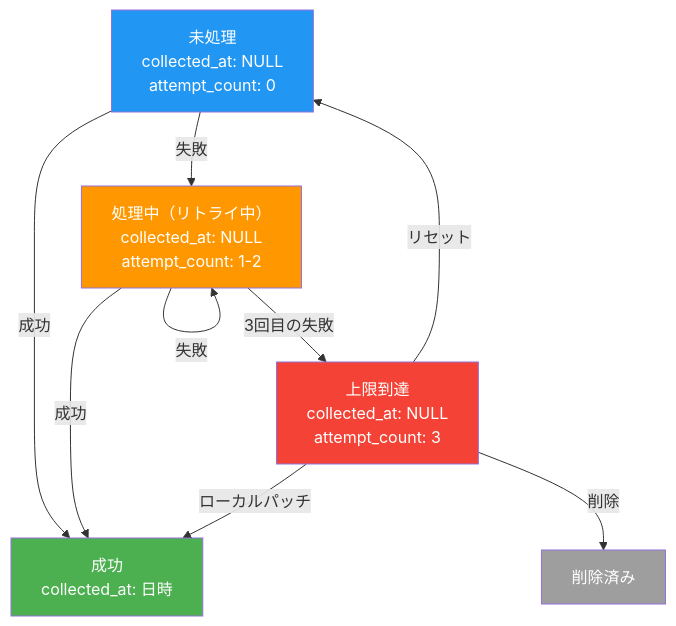
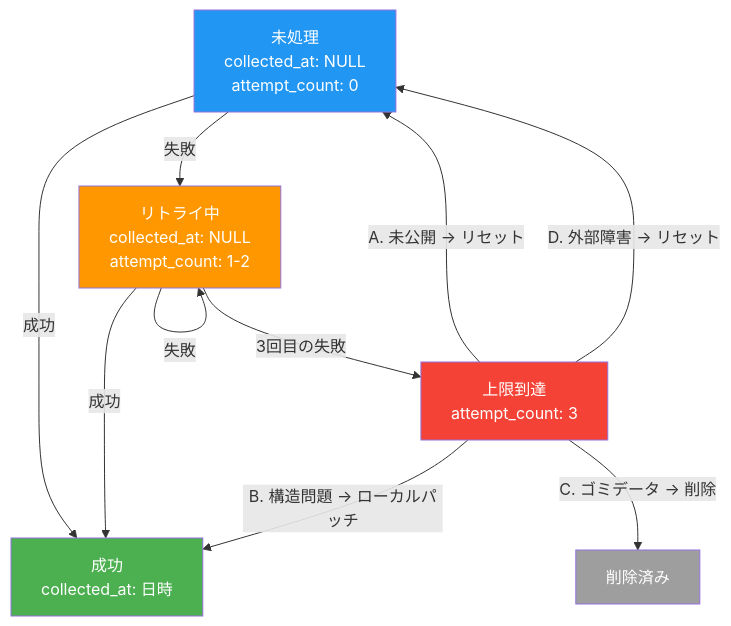
One commit to bokuno-studio/YabaiTravel changed the second of 2 diagrams in docs/SPEC_BACKEND_FLOW.md. Above: the diagram before and after it, drawn with Mermaid. The commit also changed other lines of this file, not shown here.

````diff
--- a/docs/SPEC_BACKEND_FLOW.md
+++ b/docs/SPEC_BACKEND_FLOW.md
@@ -133,22 +234,23 @@
 ```mermaid
 flowchart TD
     S1["未処理<br>collected_at: NULL<br>attempt_count: 0"]
-    S2["処理中（リトライ中）<br>collected_at: NULL<br>attempt_count: 1-2"]
+    S2["リトライ中<br>collected_at: NULL<br>attempt_count: 1-2"]
     S3["成功<br>collected_at: 日時"]
-    S4["上限到達<br>collected_at: NULL<br>attempt_count: 3"]
+    S4["上限到達<br>attempt_count: 3"]
 
     S1 -->|"成功"| S3
     S1 -->|"失敗"| S2
     S2 -->|"成功"| S3
     S2 -->|"失敗"| S2
     S2 -->|"3回目の失敗"| S4
-    S4 -->|"リセット"| S1
-    S4 -->|"ローカルパッチ"| S3
-    S4 -->|"削除"| DEL["削除済み"]
+    S4 -->|"A. 未公開 → リセット"| S1
+    S4 -->|"B. 構造問題 → ローカルパッチ"| S3
+    S4 -->|"C. ゴミデータ → 削除"| DEL["削除済み"]
+    S4 -->|"D. 外部障害 → リセット"| S1
 
     style S1 fill:#2196F3,color:white
     style S2 fill:#ff9800,color:white
     style S3 fill:#4CAF50,color:white
     style S4 fill:#f44336,color:white
     style DEL fill:#9E9E9E,color:white
 ```
````
